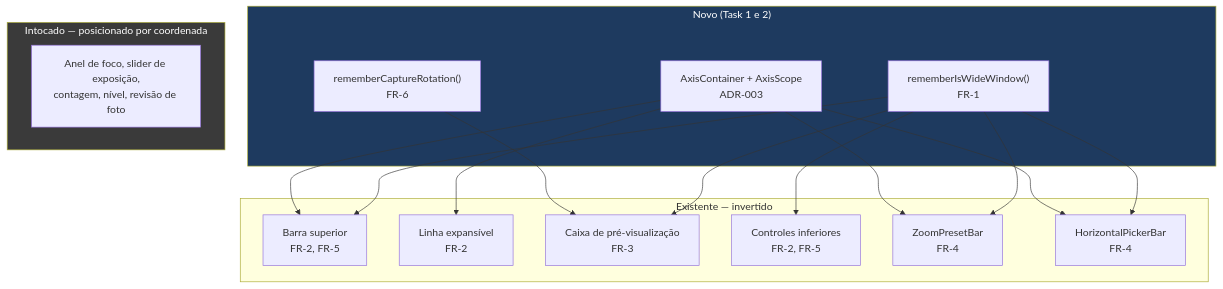
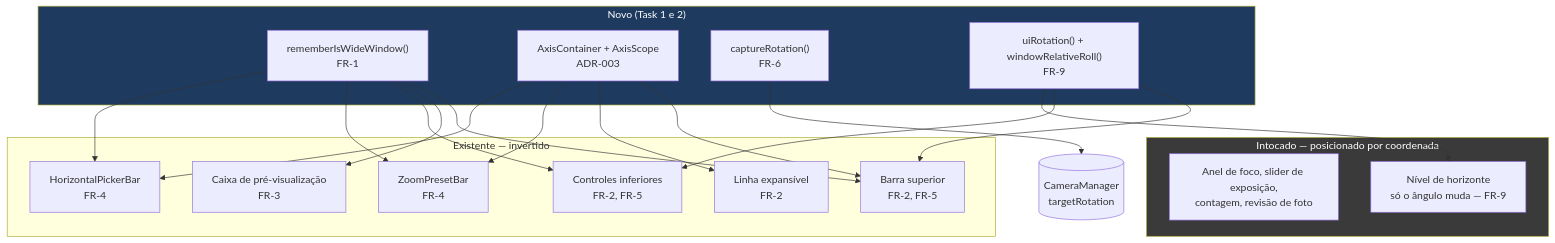
Before and after one commit to alvesmaicon/space-camera: the third of 7 diagrams in specs/2026-08-03-adaptive-layout/design.md, drawn with Mermaid. The commit also changed other lines of this file and 7 other files, not shown here.

````diff
--- a/specs/2026-08-03-adaptive-layout/design.md
+++ b/specs/2026-08-03-adaptive-layout/design.md
@@ -81,35 +84,42 @@
 ```mermaid
 flowchart TB
     subgraph novo ["Novo (Task 1 e 2)"]
         WIDE["rememberIsWideWindow()<br/>FR-1"]
         AXIS["AxisContainer + AxisScope<br/>ADR-003"]
-        ROT["rememberCaptureRotation()<br/>FR-6"]
+        ROT["captureRotation()<br/>FR-6"]
+        UIR["uiRotation() + windowRelativeRoll()<br/>FR-9"]
     end
 
     subgraph existente ["Existente — invertido"]
         TOP["Barra superior<br/>FR-2, FR-5"]
         EXP["Linha expansível<br/>FR-2"]
         PREV["Caixa de pré-visualização<br/>FR-3"]
         BOT["Controles inferiores<br/>FR-2, FR-5"]
         ZOOM["ZoomPresetBar<br/>FR-4"]
         PICK["HorizontalPickerBar<br/>FR-4"]
     end
 
     subgraph intocado ["Intocado — posicionado por coordenada"]
-        OVL["Anel de foco, slider de exposição,<br/>contagem, nível, revisão de foto"]
+        OVL["Anel de foco, slider de exposição,<br/>contagem, revisão de foto"]
+        NIV["Nível de horizonte<br/>só o ângulo muda — FR-9"]
     end
+
+    CAP[(CameraManager<br/>targetRotation)]
 
     WIDE --> TOP
     WIDE --> PREV
     WIDE --> BOT
     WIDE --> ZOOM
     WIDE --> PICK
     AXIS --> TOP
     AXIS --> EXP
     AXIS --> ZOOM
     AXIS --> PICK
-    ROT --> PREV
+    ROT --> CAP
+    UIR --> TOP
+    UIR --> BOT
+    UIR --> NIV
 
     style novo fill:#1e3a5f,color:#fff
     style intocado fill:#3a3a3a,color:#fff
 ```
````
